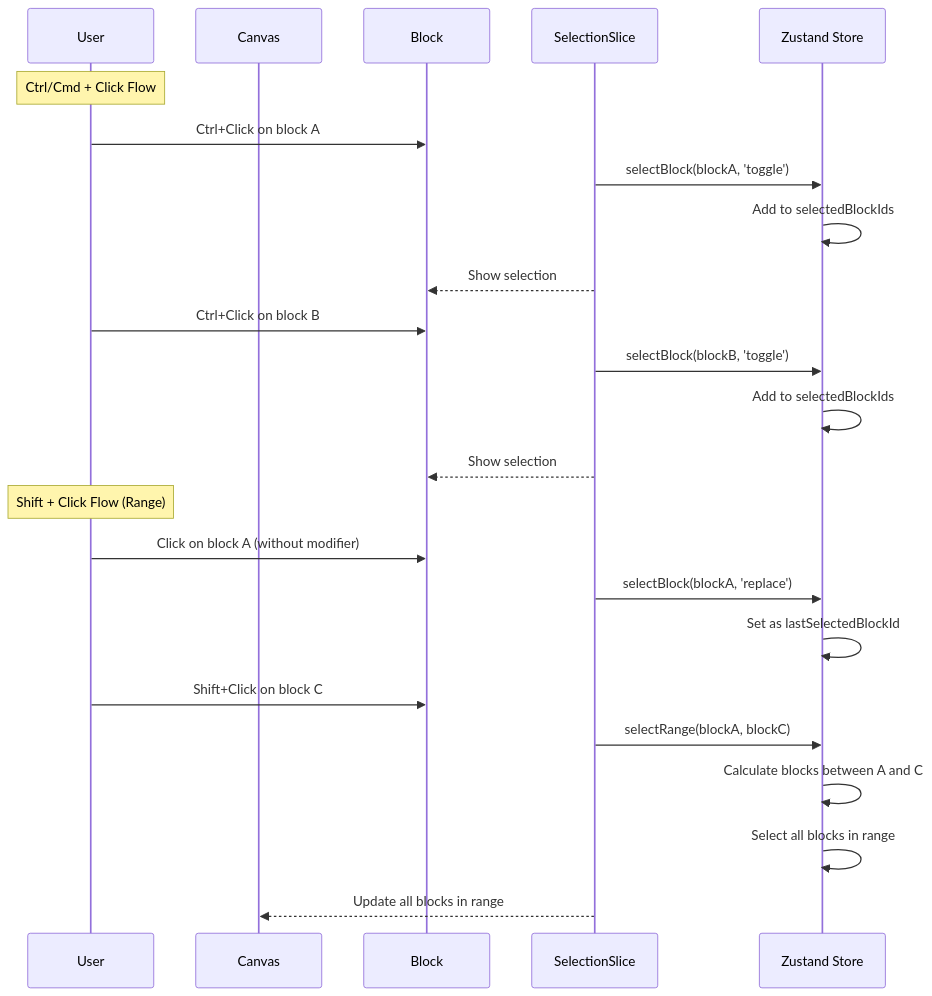
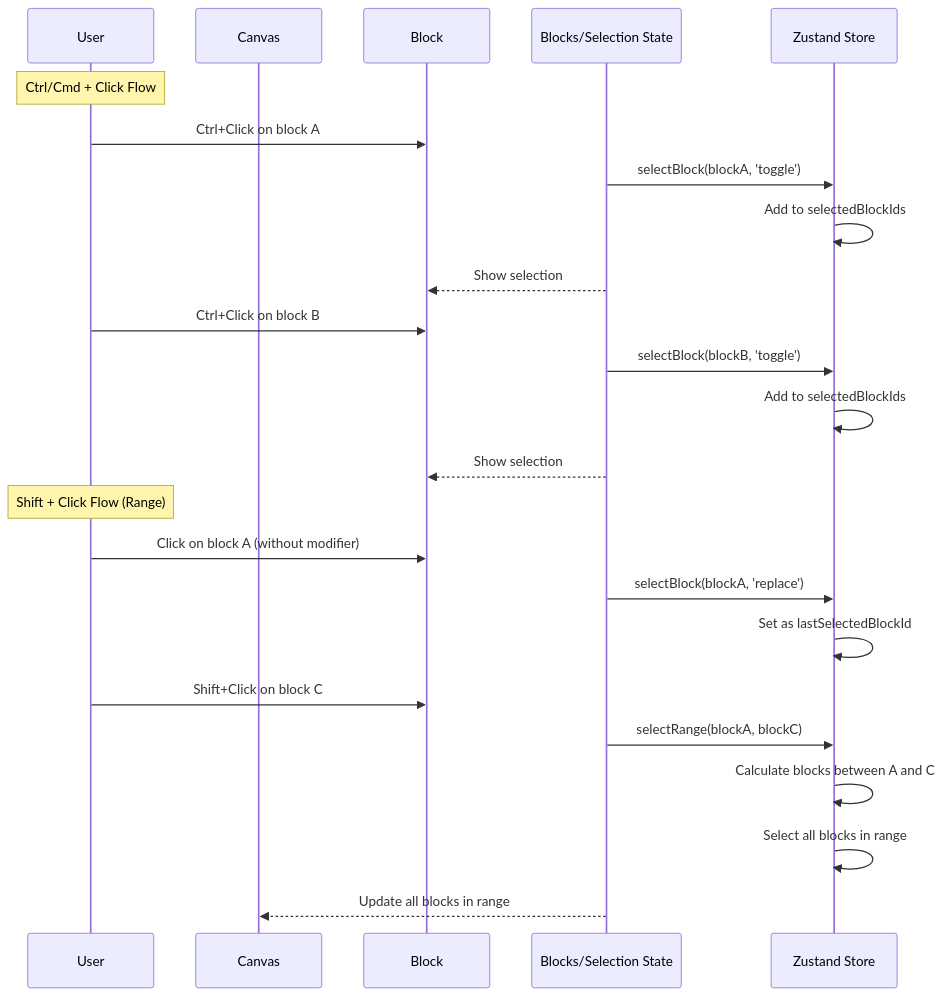
Before and after one commit to litkeys/DraftCN: the fifth of 9 diagrams in docs/architecture/core-workflows.md, drawn with Mermaid. The commit also changed other lines of this file and 17 other files, not shown here.

First line of the commit message:
Fixed block selection persisting when search bar is selected, architectural realignment removing redundant selection slice

````diff
--- a/docs/architecture/core-workflows.md
+++ b/docs/architecture/core-workflows.md
@@ -159,30 +159,30 @@
 ```mermaid
 sequenceDiagram
     participant User
     participant Canvas
     participant Block
-    participant SelectMgr as SelectionSlice
+    participant BlocksSlice as Blocks/Selection State
     participant Store as Zustand Store
 
     Note over User: Ctrl/Cmd + Click Flow
     User->>Block: Ctrl+Click on block A
-    SelectMgr->>Store: selectBlock(blockA, 'toggle')
+    BlocksSlice->>Store: selectBlock(blockA, 'toggle')
     Store->>Store: Add to selectedBlockIds
-    SelectMgr-->>Block: Show selection
+    BlocksSlice-->>Block: Show selection
 
     User->>Block: Ctrl+Click on block B
-    SelectMgr->>Store: selectBlock(blockB, 'toggle')
+    BlocksSlice->>Store: selectBlock(blockB, 'toggle')
     Store->>Store: Add to selectedBlockIds
-    SelectMgr-->>Block: Show selection
+    BlocksSlice-->>Block: Show selection
 
     Note over User: Shift + Click Flow (Range)
     User->>Block: Click on block A (without modifier)
-    SelectMgr->>Store: selectBlock(blockA, 'replace')
+    BlocksSlice->>Store: selectBlock(blockA, 'replace')
     Store->>Store: Set as lastSelectedBlockId
 
     User->>Block: Shift+Click on block C
-    SelectMgr->>Store: selectRange(blockA, blockC)
+    BlocksSlice->>Store: selectRange(blockA, blockC)
     Store->>Store: Calculate blocks between A and C
     Store->>Store: Select all blocks in range
-    SelectMgr-->>Canvas: Update all blocks in range
+    BlocksSlice-->>Canvas: Update all blocks in range
 ```
````
